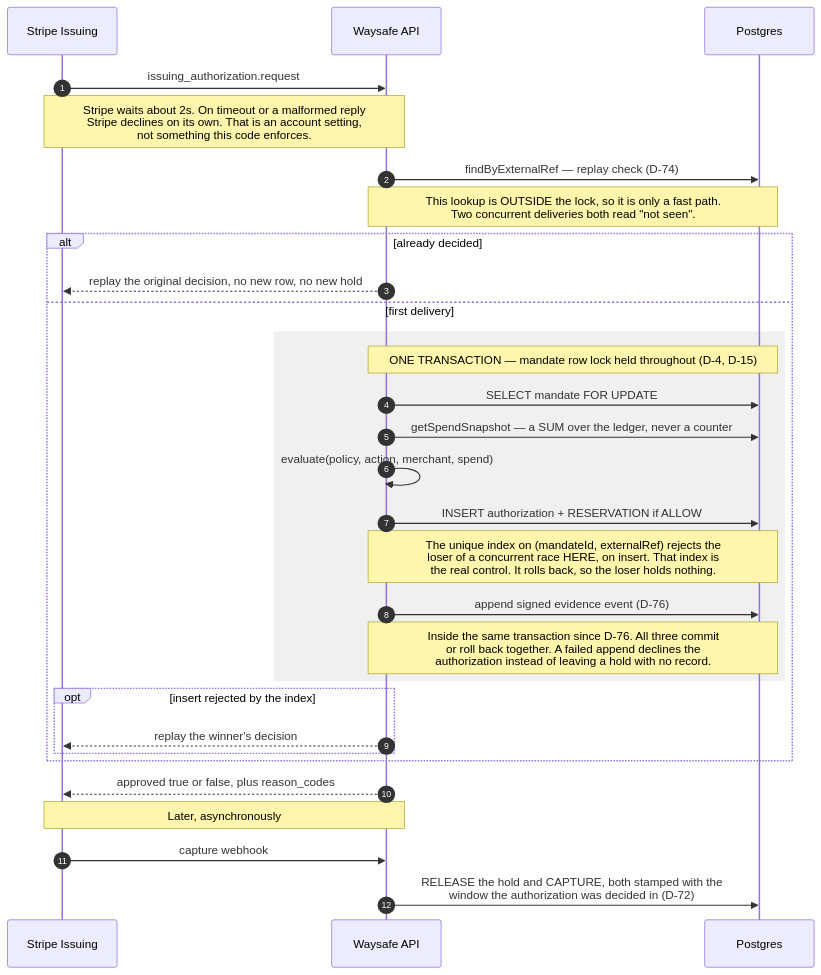
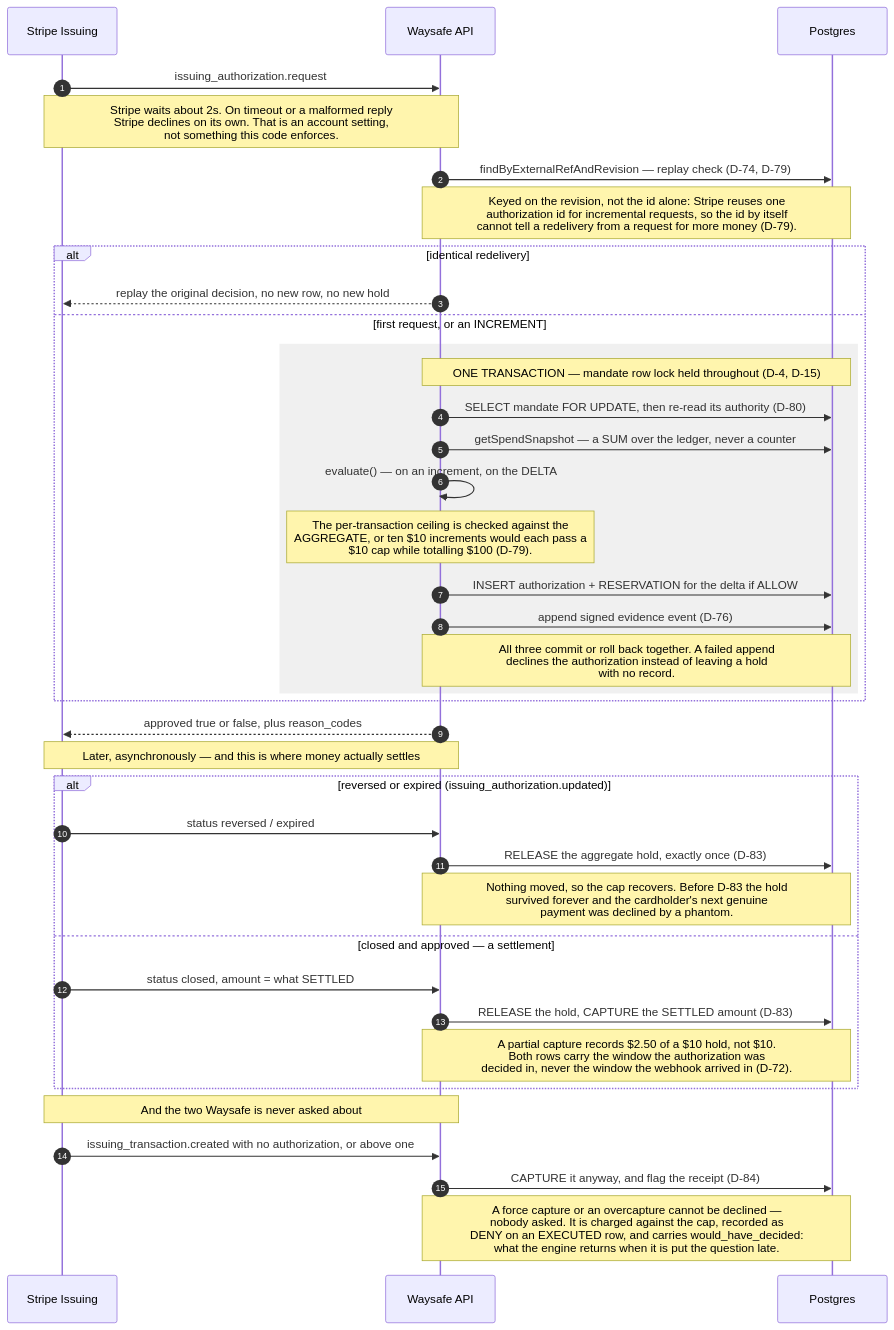
One commit to getwaysafe/waysafe changed the second of 5 diagrams in docs/THREAT-MODEL.md. Above: the diagram before and after it, drawn with Mermaid. The commit also changed other lines of this file and 32 other files, not shown here.

````diff
--- a/docs/THREAT-MODEL.md
+++ b/docs/THREAT-MODEL.md
@@ -48,36 +48,45 @@
 ```mermaid
 sequenceDiagram
     autonumber
     participant S as Stripe Issuing
     participant W as Waysafe API
     participant DB as Postgres
 
     S->>W: issuing_authorization.request
     Note over S,W: Stripe waits about 2s. On timeout or a malformed reply<br/>Stripe declines on its own. That is an account setting,<br/>not something this code enforces.
 
-    W->>DB: findByExternalRef — replay check (D-74)
-    Note over W,DB: This lookup is OUTSIDE the lock, so it is only a fast path.<br/>Two concurrent deliveries both read "not seen".
-    alt already decided
+    W->>DB: findByExternalRefAndRevision — replay check (D-74, D-79)
+    Note over W,DB: Keyed on the revision, not the id alone: Stripe reuses one<br/>authorization id for incremental requests, so the id by itself<br/>cannot tell a redelivery from a request for more money (D-79).
+    alt identical redelivery
         W-->>S: replay the original decision, no new row, no new hold
-    else first delivery
+    else first request, or an INCREMENT
         rect rgba(128,128,128,0.12)
             Note over W,DB: ONE TRANSACTION — mandate row lock held throughout (D-4, D-15)
-            W->>DB: SELECT mandate FOR UPDATE
+            W->>DB: SELECT mandate FOR UPDATE, then re-read its authority (D-80)
             W->>DB: getSpendSnapshot — a SUM over the ledger, never a counter
-            W->>W: evaluate(policy, action, merchant, spend)
-            W->>DB: INSERT authorization + RESERVATION if ALLOW
-            Note over W,DB: The unique index on (mandateId, externalRef) rejects the<br/>loser of a concurrent race HERE, on insert. That index is<br/>the real control. It rolls back, so the loser holds nothing.
+            W->>W: evaluate() — on an increment, on the DELTA
+            Note over W,W: The per-transaction ceiling is checked against the<br/>AGGREGATE, or ten $10 increments would each pass a<br/>$10 cap while totalling $100 (D-79).
+            W->>DB: INSERT authorization + RESERVATION for the delta if ALLOW
             W->>DB: append signed evidence event (D-76)
-            Note over W,DB: Inside the same transaction since D-76. All three commit<br/>or roll back together. A failed append declines the<br/>authorization instead of leaving a hold with no record.
-        end
-        opt insert rejected by the index
-            W-->>S: replay the winner's decision
+            Note over W,DB: All three commit or roll back together. A failed append<br/>declines the authorization instead of leaving a hold<br/>with no record.
         end
     end
 
     W-->>S: approved true or false, plus reason_codes
 
-    Note over S,W: Later, asynchronously
-    S->>W: capture webhook
-    W->>DB: RELEASE the hold and CAPTURE, both stamped with the<br/>window the authorization was decided in (D-72)
+    Note over S,W: Later, asynchronously — and this is where money actually settles
+    alt reversed or expired (issuing_authorization.updated)
+        S->>W: status reversed / expired
+        W->>DB: RELEASE the aggregate hold, exactly once (D-83)
+        Note over W,DB: Nothing moved, so the cap recovers. Before D-83 the hold<br/>survived forever and the cardholder's next genuine<br/>payment was declined by a phantom.
+    else closed and approved — a settlement
+        S->>W: status closed, amount = what SETTLED
+        W->>DB: RELEASE the hold, CAPTURE the SETTLED amount (D-83)
+        Note over W,DB: A partial capture records $2.50 of a $10 hold, not $10.<br/>Both rows carry the window the authorization was<br/>decided in, never the window the webhook arrived in (D-72).
+    end
+
+    Note over S,W: And the two Waysafe is never asked about
+    S->>W: issuing_transaction.created with no authorization, or above one
+    W->>DB: CAPTURE it anyway, and flag the receipt (D-84)
+    Note over W,DB: A force capture or an overcapture cannot be declined —<br/>nobody asked. It is charged against the cap, recorded as<br/>DENY on an EXECUTED row, and carries would_have_decided:<br/>what the engine returns when it is put the question late.
 ```
````
